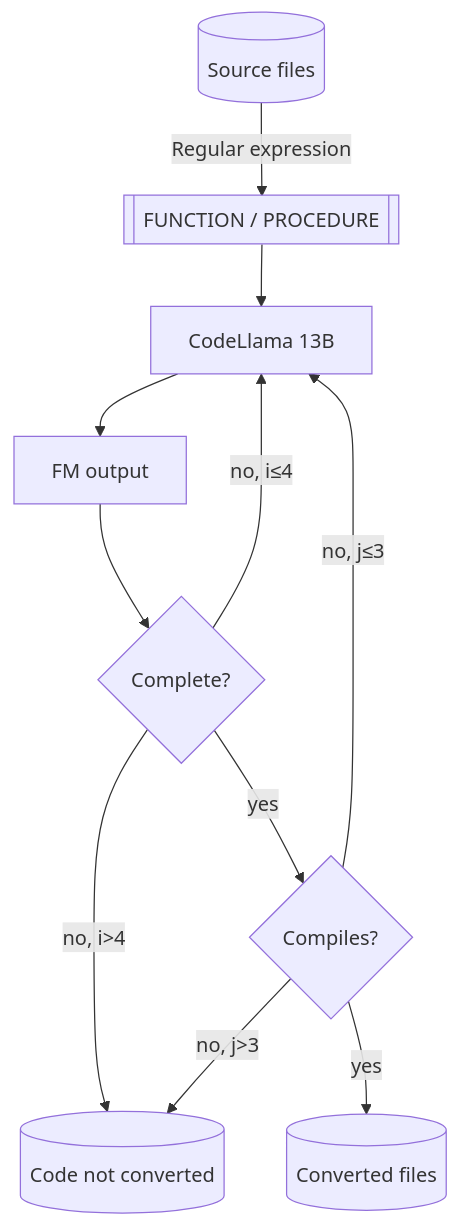
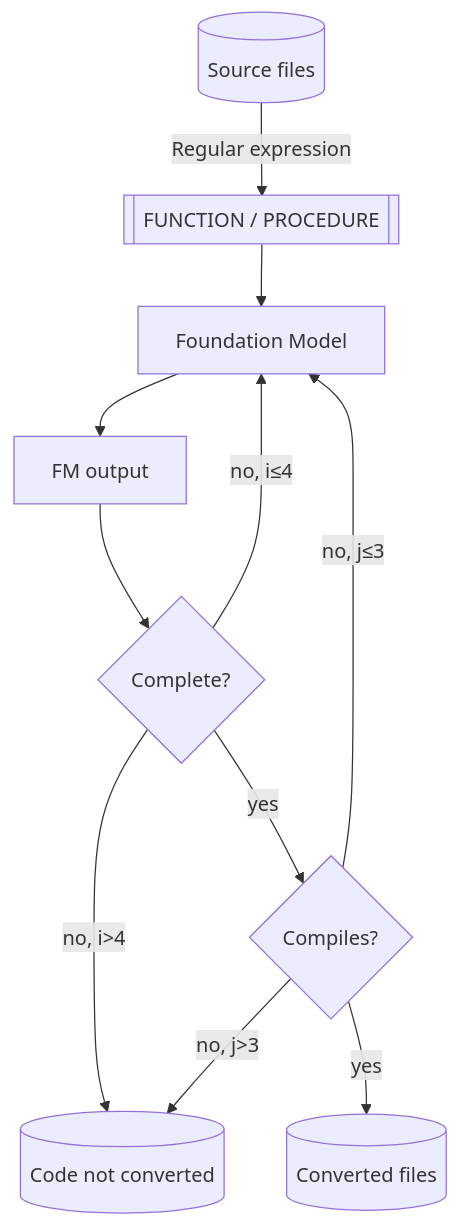
One commit to aws-samples/plsql2python-codellama-code-conversion changed the diagram in README.md. Above: the diagram before and after it, drawn with Mermaid.

Commit message:
Remove reference to CodeLlama in executiong flow

````diff
--- a/README.md
+++ b/README.md
@@ -102,14 +102,14 @@
 ```mermaid
 flowchart TD
     source_files[("Source files")] -->|Regular expression|routine[["FUNCTION / PROCEDURE"]]
     routine --> FM
-    FM["CodeLlama 13B"] --> fm_output["FM output"]
+    FM["Foundation Model"] --> fm_output["FM output"]
     fm_output --> fm_output_complete{"Complete?"}
     fm_output_complete -->|no, i≤4|FM
     fm_output_complete -->|no, i>4|non_converted_files
     fm_output_complete -->|yes|compiles{"Compiles?"}
     compiles -->|no, j≤3|FM
     compiles -->|no, j>3|non_converted_files
     compiles -->|yes|converted_files[("Converted files")]
     non_converted_files[("Code not converted")]
 ```
````
